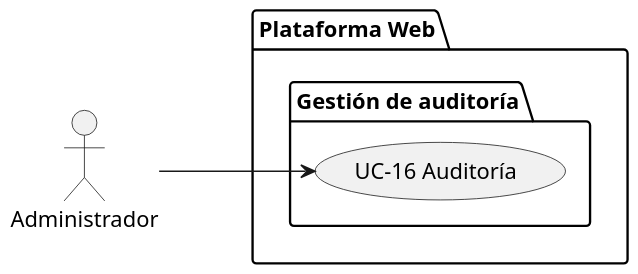
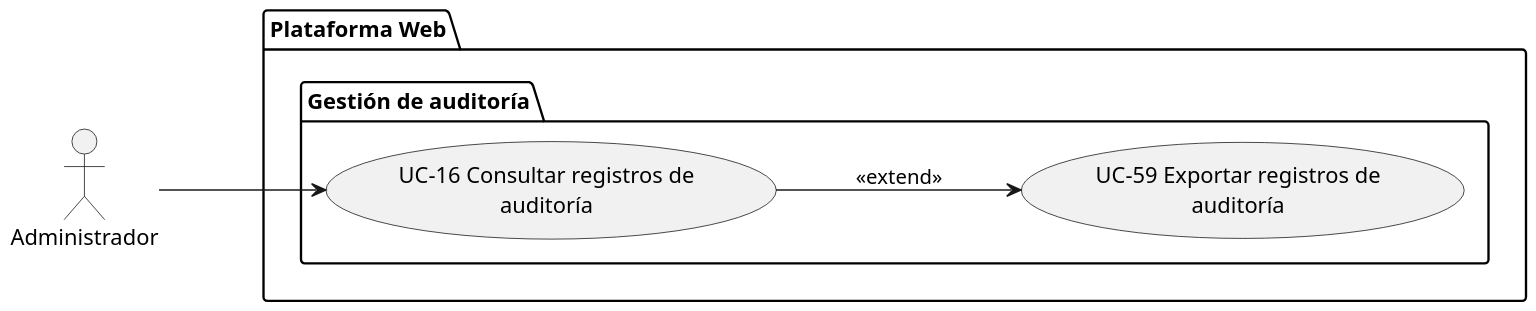
Before and after one commit to francoalbornoz2002/ASC-ProyectoAlgoritmia-TrabajoFinal: the diagram in docs/requisitos/casos-de-uso/diagramas-casos-de-uso/plataforma web/subsistema-gestion-auditoria.puml, drawn with PlantUML. The commit also changed 11 other files, not shown here.

```diff
--- a/docs/requisitos/casos-de-uso/diagramas-casos-de-uso/plataforma web/subsistema-gestion-auditoria.puml
+++ b/docs/requisitos/casos-de-uso/diagramas-casos-de-uso/plataforma web/subsistema-gestion-auditoria.puml
@@ -1,23 +1,25 @@
 @startuml SUBSISTEMA_GestionAuditoria
 left to right direction
 
 skinparam dpi 150
 skinparam usecasePadding 25
 skinparam actorPadding 80
 skinparam packagePadding 50
 skinparam wrapWidth 200
 
 skinparam nodesep 20
 skinparam ranksep 100
 
 actor Administrador
 
 package "Plataforma Web"{
     package "Gestión de auditoría"{
-        usecase "UC-16 Auditoría" as UC16
+        usecase "UC-16 Consultar registros de auditoría" as UC16
+        usecase "UC-59 Exportar registros de auditoría" as UC59
     }
 }
 
 Administrador --> UC16
+UC16 --> UC59 : <<extend>>
 
 @enduml
```
